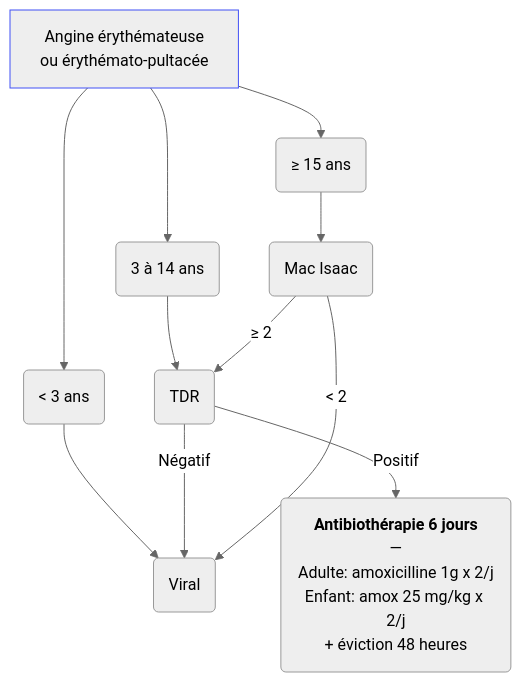
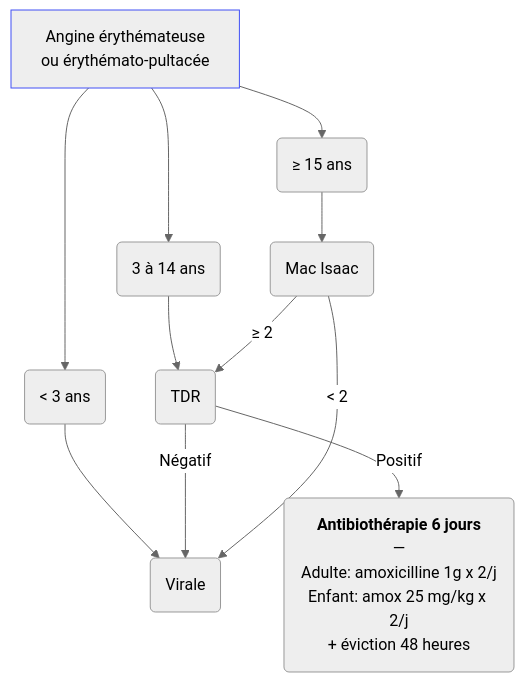
Before and after one commit to djibe/recommandations-medicales: the diagram in content/recommandations/angine.md, drawn with Mermaid (neutral theme). The commit also changed other lines of this file and 6 other files, not shown here.

```diff
--- a/content/recommandations/angine.md
+++ b/content/recommandations/angine.md
@@ -249,9 +250,9 @@
 {{< mermaid title="Prise en charge de l'angine selon le tableau clinique. Dr JB Fron d'après GPIP 2023, SPILF/HAS 2016 et HAS 2021" >}}
 graph TB
-  angine[Angine érythémateuse<br>ou érythémato-pultacée] --> moins3("&lt; 3 ans") --> viral(Viral)
+  angine[Angine érythémateuse<br>ou érythémato-pultacée] --> moins3("&lt; 3 ans") --> viral(Virale)
   style angine stroke:#4150f5, stroke-width:1px
     angine --> 314ans(3 à 14 ans) --> TDR(TDR) -- Positif --> ATB("<b>Antibiothérapie 6 jours</b><br>—<br>Adulte: amoxicilline 1g x 2/j<br>Enfant: amox 25 mg/kg x 2/j<br>+ éviction 48 heures")
       TDR -- Négatif --> viral
     angine --> 15plus("≥ 15 ans") --> score(Mac Isaac) -- "≥ 2" --> TDR
       score -- "&lt; 2" --> viral
 {{< /mermaid >}}
```
